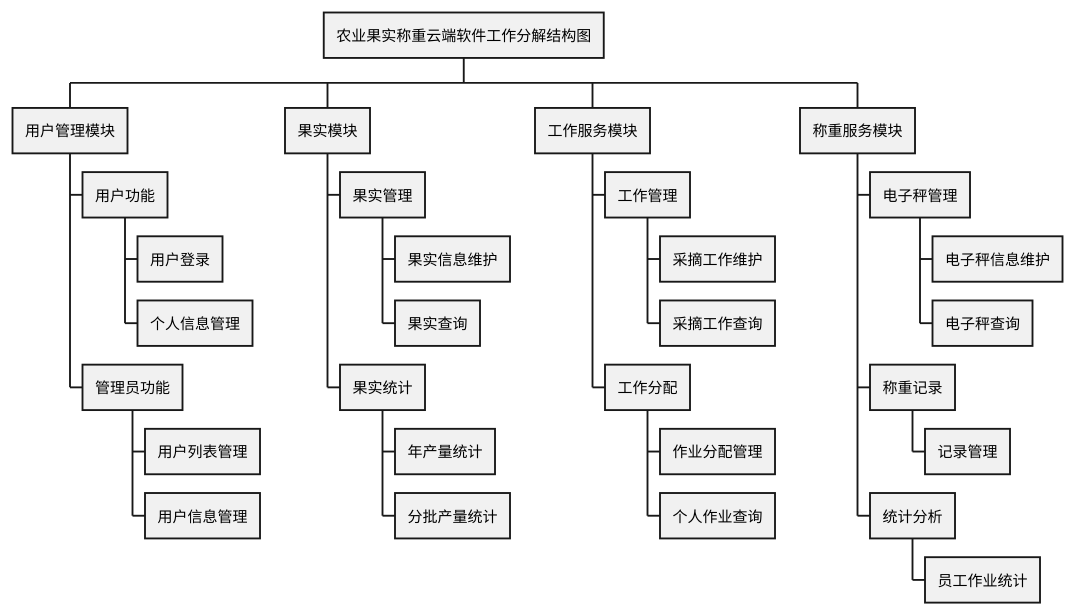
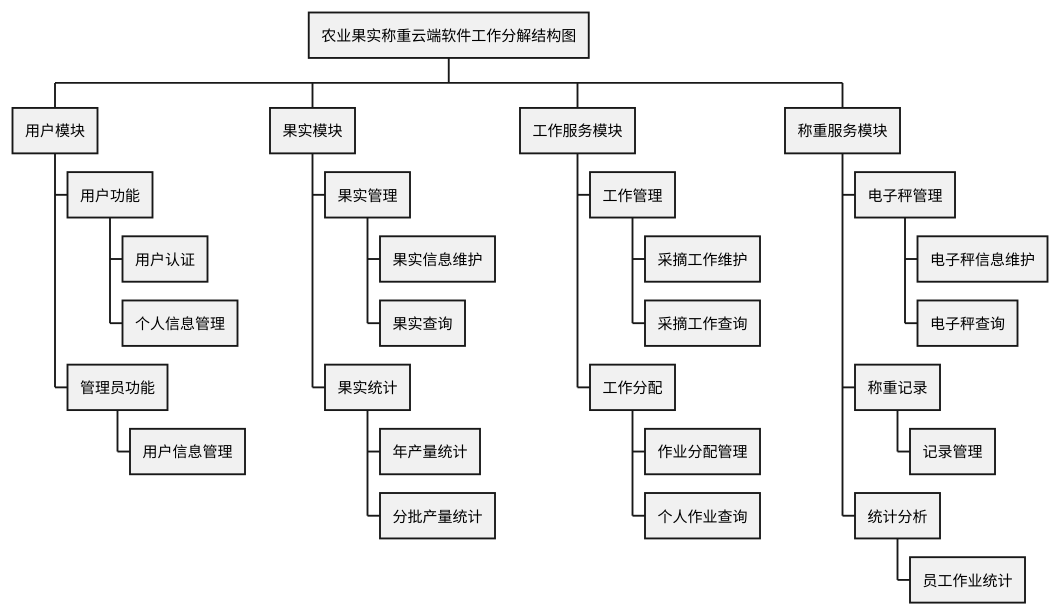
The diagram in design/工作分解结构图.puml (akynazh/aws), drawn with PlantUML before and after one commit. The commit also changed 19 other files, not shown here.

```diff
--- a/design/工作分解结构图.puml
+++ b/design/工作分解结构图.puml
@@ -1,37 +1,36 @@
 @startwbs
 * 农业果实称重云端软件工作分解结构图
 
-** 用户管理模块
+** 用户模块
 *** 用户功能
-**** 用户登录
+**** 用户认证
 **** 个人信息管理
 *** 管理员功能
-**** 用户列表管理
 **** 用户信息管理
 
 ** 果实模块
 *** 果实管理
 **** 果实信息维护
 **** 果实查询
 *** 果实统计
 **** 年产量统计
 **** 分批产量统计
 
 ** 工作服务模块
 *** 工作管理
 **** 采摘工作维护
 **** 采摘工作查询
 *** 工作分配
 **** 作业分配管理
 **** 个人作业查询
 
 ** 称重服务模块
 *** 电子秤管理
 **** 电子秤信息维护
 **** 电子秤查询
 *** 称重记录
 **** 记录管理
 *** 统计分析
 **** 员工作业统计
 
 @endwbs
```
